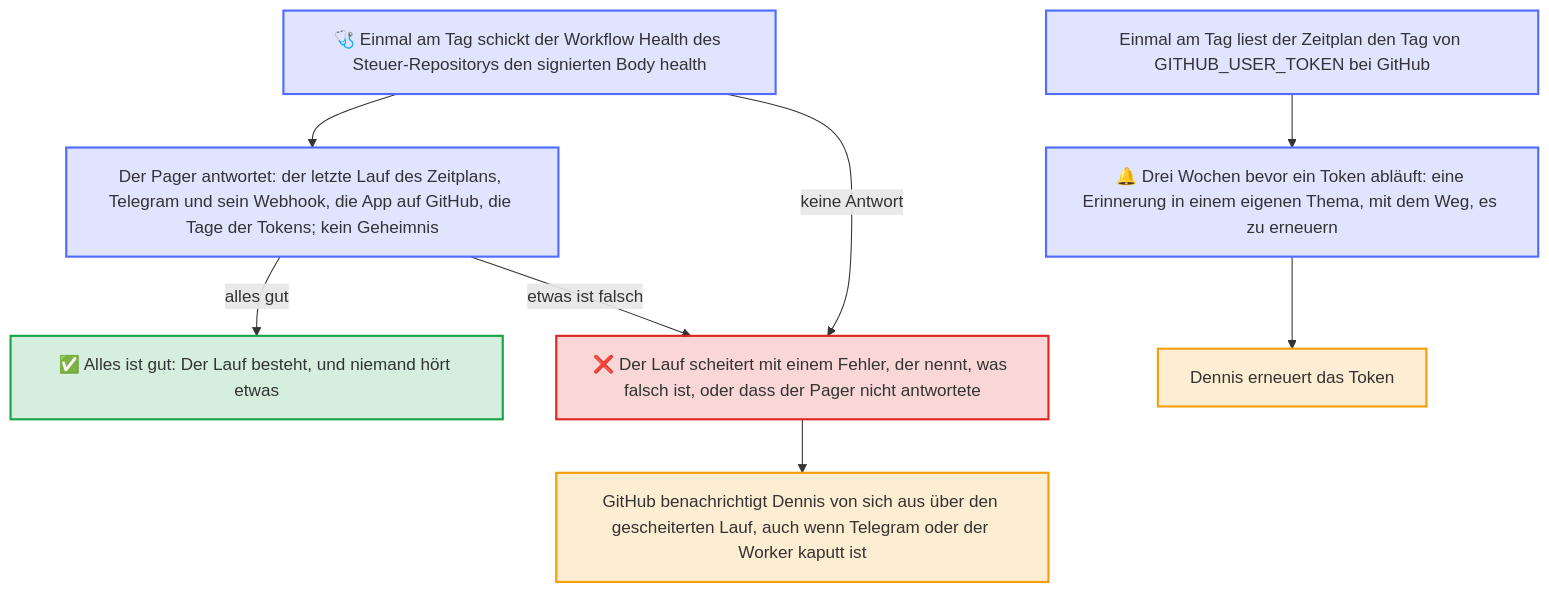
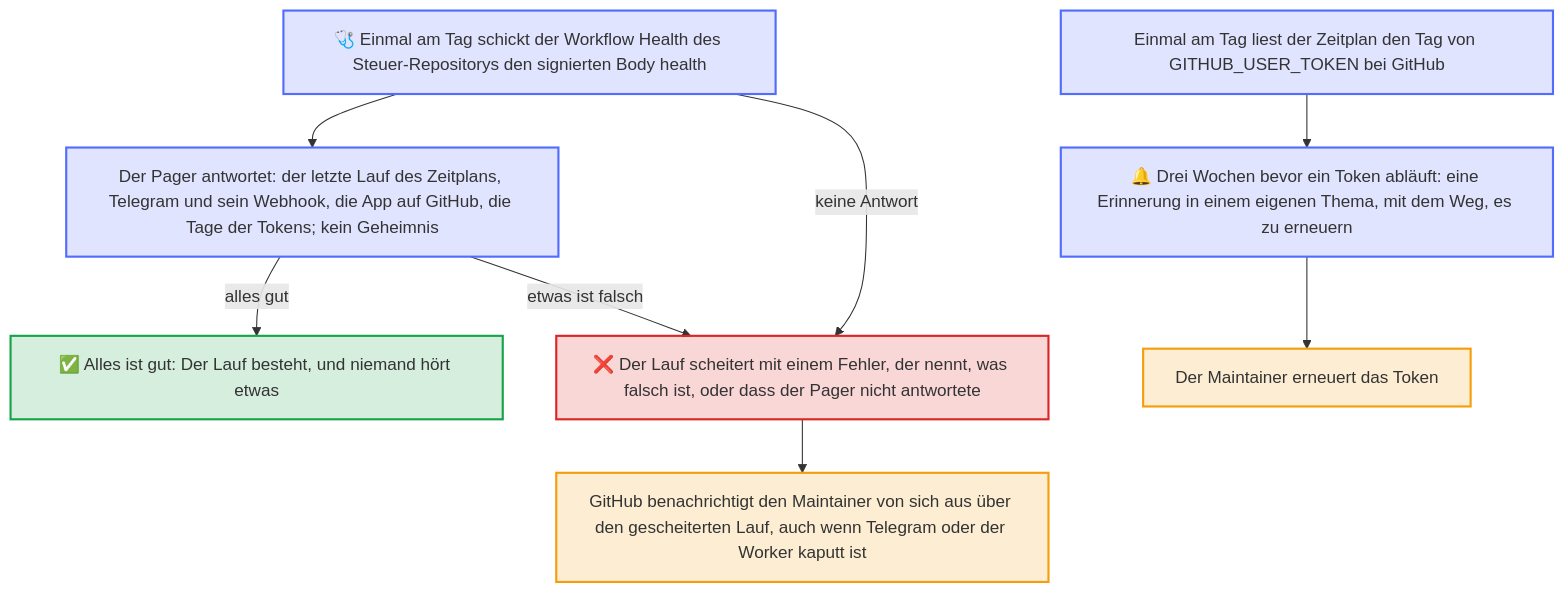
Before and after one commit to Dennis-Otto/dennis-otto-pager: the diagram in docs/diagrams/when-the-pager-breaks.de.mmd, drawn with Mermaid. The commit also changed 146 other files, not shown here.

First line of the commit message:
feat: Dennis Otto Pager is now Repo Pager, a pager that anyone runs for their own repositories (#110)

```diff
--- a/docs/diagrams/when-the-pager-breaks.de.mmd
+++ b/docs/diagrams/when-the-pager-breaks.de.mmd
@@ -1,33 +1,33 @@
 ---
 config:
   flowchart:
     wrappingWidth: 400
 ---
 flowchart TB
     accTitle: Wenn der Pager kaputtgeht
-    accDescr: Einmal am Tag schickt der Workflow Health des privaten Steuer-Repositorys dem Pager den signierten Body health. Der Pager antwortet, wann sein Zeitplan zuletzt lief, ob Telegram das Token des Bots annimmt und an seinen Webhook zustellt, ob GitHub den Schlüssel der App annimmt und wann die Tokens ablaufen, ohne ein Geheimnis. Ist alles gut, besteht der Lauf, und niemand hört etwas. Ist etwas falsch oder antwortet der Pager nicht, scheitert der Lauf mit einem Fehler, der es nennt, und GitHub benachrichtigt Dennis von sich aus über den gescheiterten Lauf, auch wenn Telegram oder der Worker kaputt ist. Außerdem liest der Zeitplan einmal am Tag den Tag von GITHUB_USER_TOKEN bei GitHub, und drei Wochen bevor ein Token abläuft, kommt eine Erinnerung in einem eigenen Thema, mit dem Weg, es zu erneuern.
+    accDescr: Einmal am Tag schickt der Workflow Health des privaten Steuer-Repositorys dem Pager den signierten Body health. Der Pager antwortet, wann sein Zeitplan zuletzt lief, ob Telegram das Token des Bots annimmt und an seinen Webhook zustellt, ob GitHub den Schlüssel der App annimmt und wann die Tokens ablaufen, ohne ein Geheimnis. Ist alles gut, besteht der Lauf, und niemand hört etwas. Ist etwas falsch oder antwortet der Pager nicht, scheitert der Lauf mit einem Fehler, der es nennt, und GitHub benachrichtigt den Maintainer von sich aus über den gescheiterten Lauf, auch wenn Telegram oder der Worker kaputt ist. Außerdem liest der Zeitplan einmal am Tag den Tag von GITHUB_USER_TOKEN bei GitHub, und drei Wochen bevor ein Token abläuft, kommt eine Erinnerung in einem eigenen Thema, mit dem Weg, es zu erneuern.
 
     health["`**🩺** Einmal am Tag schickt der Workflow Health des Steuer-Repositorys den signierten Body health`"]
     answer["Der Pager antwortet: der letzte Lauf des Zeitplans, Telegram und sein Webhook, die App auf GitHub, die Tage der Tokens; kein Geheimnis"]
     passed["`**✅** Alles ist gut: Der Lauf besteht, und niemand hört etwas`"]
     failed["`**❌** Der Lauf scheitert mit einem Fehler, der nennt, was falsch ist, oder dass der Pager nicht antwortete`"]
-    notify["GitHub benachrichtigt Dennis von sich aus über den gescheiterten Lauf, auch wenn Telegram oder der Worker kaputt ist"]
+    notify["GitHub benachrichtigt den Maintainer von sich aus über den gescheiterten Lauf, auch wenn Telegram oder der Worker kaputt ist"]
     schedule["Einmal am Tag liest der Zeitplan den Tag von GITHUB_USER_TOKEN bei GitHub"]
     reminder["`**🔔** Drei Wochen bevor ein Token abläuft: eine Erinnerung in einem eigenen Thema, mit dem Weg, es zu erneuern`"]
-    renew["Dennis erneuert das Token"]
+    renew["Der Maintainer erneuert das Token"]
 
     health --> answer
     answer -- "alles gut" --> passed
     answer -- "etwas ist falsch" --> failed
     health -- "keine Antwort" --> failed
     failed --> notify
     schedule --> reminder --> renew
 
     classDef you fill:#f59e0b2e,stroke:#f59e0b,stroke-width:2px
     classDef bot fill:#526cfe2e,stroke:#526cfe,stroke-width:2px
     classDef done fill:#16a34a2e,stroke:#16a34a,stroke-width:2px
     classDef warn fill:#dc26262e,stroke:#dc2626,stroke-width:2px
     class notify,renew you
     class health,answer,schedule,reminder bot
     class passed done
     class failed warn
```
